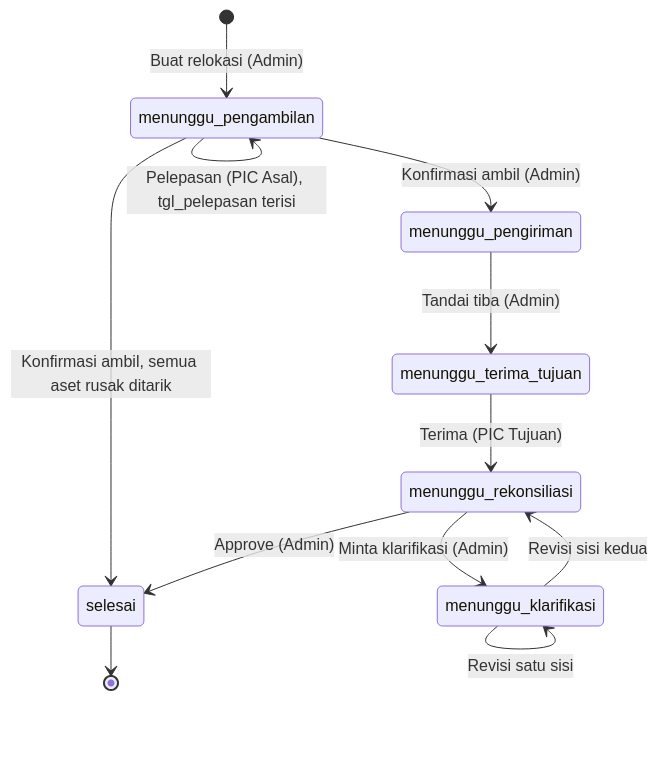
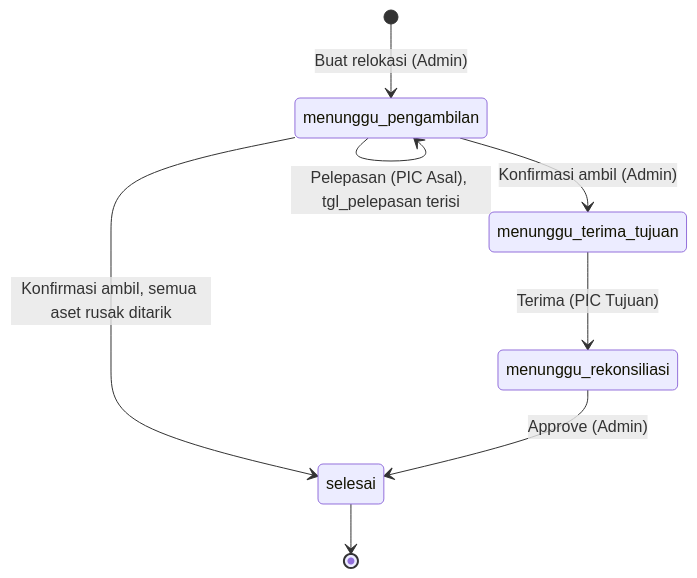
The third of 4 diagrams in dokumentasi-asset-relokasi-ruangan.md (setiyawan12/DOKUMENTASI-ASSET), drawn with Mermaid before and after one commit. The commit also changed other lines of this file and 2 other files, not shown here.

````diff
--- a/dokumentasi-asset-relokasi-ruangan.md
+++ b/dokumentasi-asset-relokasi-ruangan.md
@@ -416,14 +382,10 @@
 ```mermaid
 stateDiagram-v2
     [*] --> menunggu_pengambilan: Buat relokasi (Admin)
     menunggu_pengambilan --> menunggu_pengambilan: Pelepasan (PIC Asal), tgl_pelepasan terisi
-    menunggu_pengambilan --> menunggu_pengiriman: Konfirmasi ambil (Admin)
+    menunggu_pengambilan --> menunggu_terima_tujuan: Konfirmasi ambil (Admin)
     menunggu_pengambilan --> selesai: Konfirmasi ambil, semua aset rusak ditarik
-    menunggu_pengiriman --> menunggu_terima_tujuan: Tandai tiba (Admin)
     menunggu_terima_tujuan --> menunggu_rekonsiliasi: Terima (PIC Tujuan)
-    menunggu_rekonsiliasi --> menunggu_klarifikasi: Minta klarifikasi (Admin)
     menunggu_rekonsiliasi --> selesai: Approve (Admin)
-    menunggu_klarifikasi --> menunggu_klarifikasi: Revisi satu sisi
-    menunggu_klarifikasi --> menunggu_rekonsiliasi: Revisi sisi kedua
     selesai --> [*]
 ```
````
